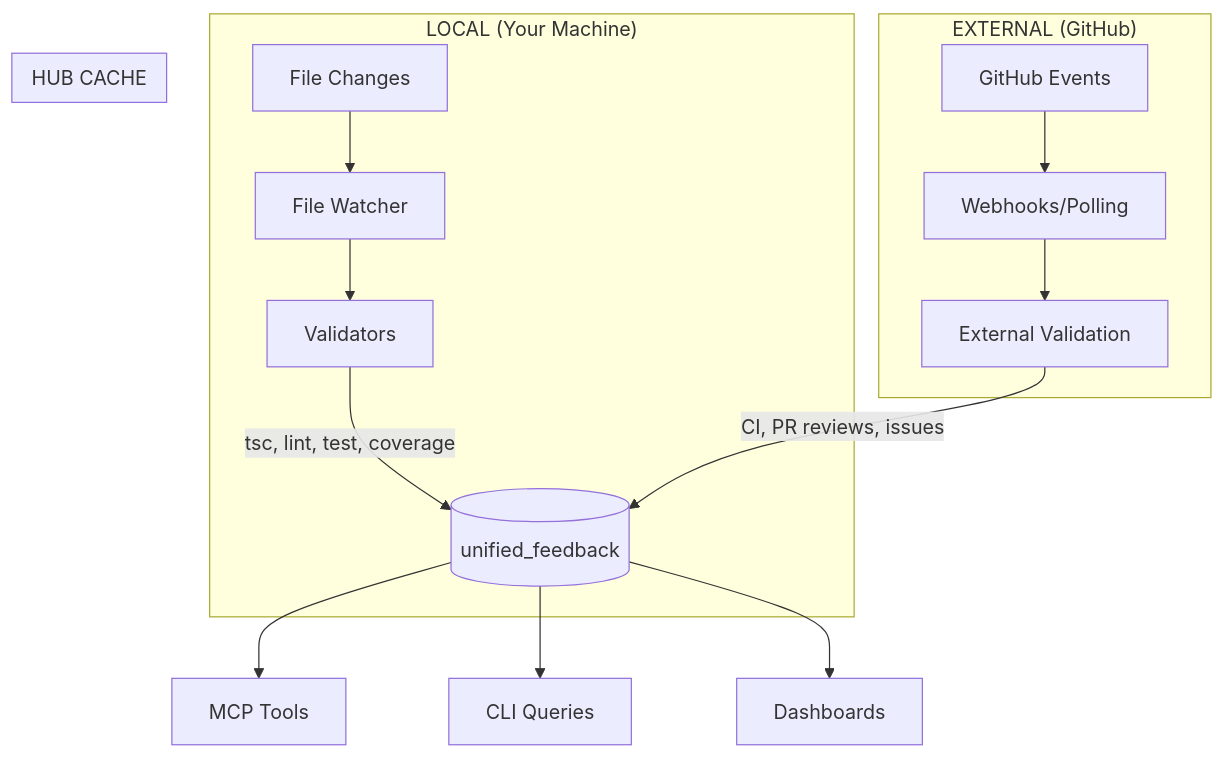
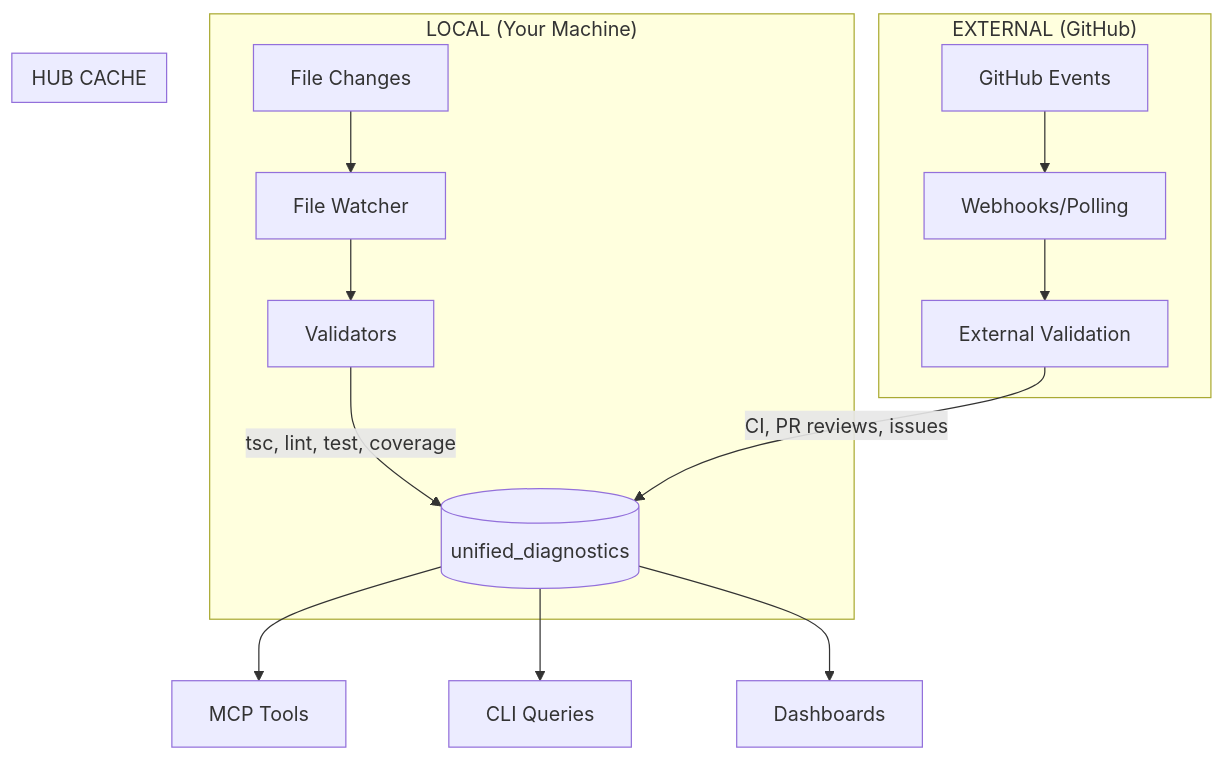
Before and after one commit to pietgk/vivief: the diagram in docs/vision/validation.md, drawn with Mermaid. The commit also changed other lines of this file and 48 other files, not shown here.

First line of the commit message:
refactor: rename feedback to diagnostics throughout codebase

````diff
--- a/docs/vision/validation.md
+++ b/docs/vision/validation.md
@@ -46,22 +46,22 @@
 ```mermaid
 flowchart TB
     subgraph "LOCAL (Your Machine)"
         FC[File Changes] --> LW[File Watcher]
         LW --> LV[Validators]
         LV --> |tsc, lint, test, coverage| HUB
     end
     
     subgraph "EXTERNAL (GitHub)"
         GE[GitHub Events] --> GW[Webhooks/Polling]
         GW --> EV[External Validation]
         EV --> |CI, PR reviews, issues| HUB
     end
     
     subgraph "HUB CACHE"
-        HUB[(unified_feedback)]
+        HUB[(unified_diagnostics)]
     end
     
     HUB --> MCP[MCP Tools]
     HUB --> CLI[CLI Queries]
     HUB --> DASH[Dashboards]
 ```
````
